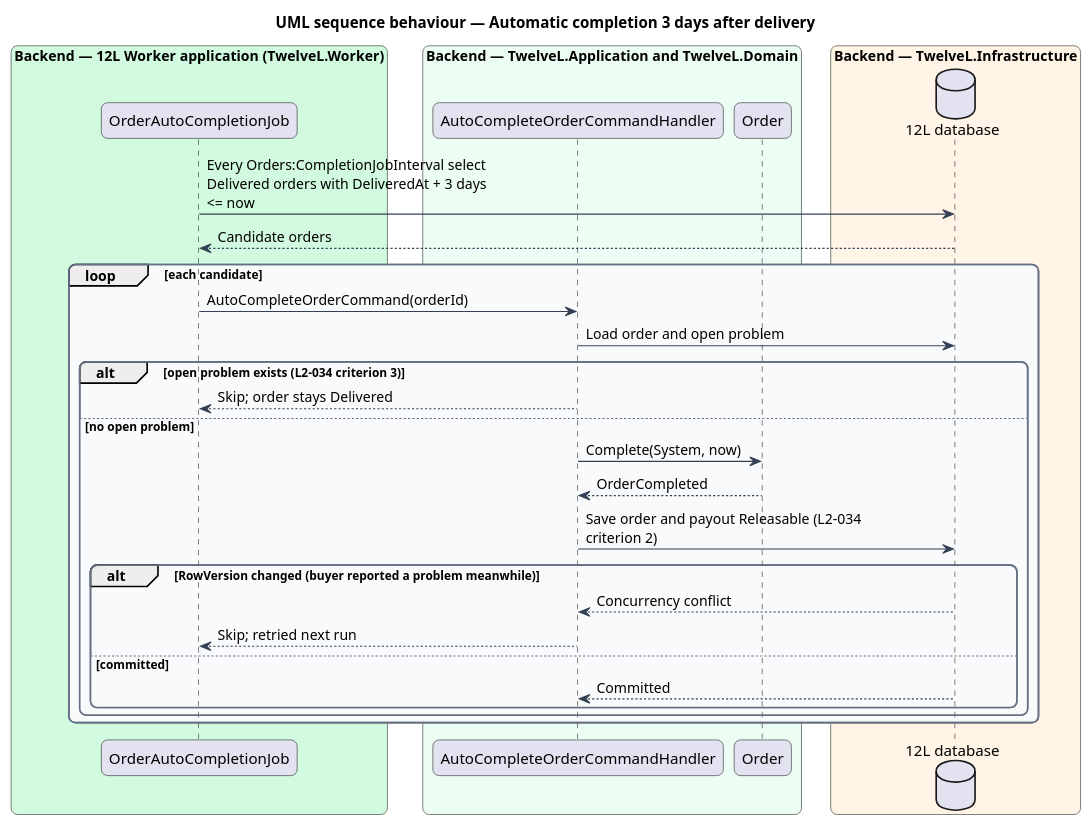
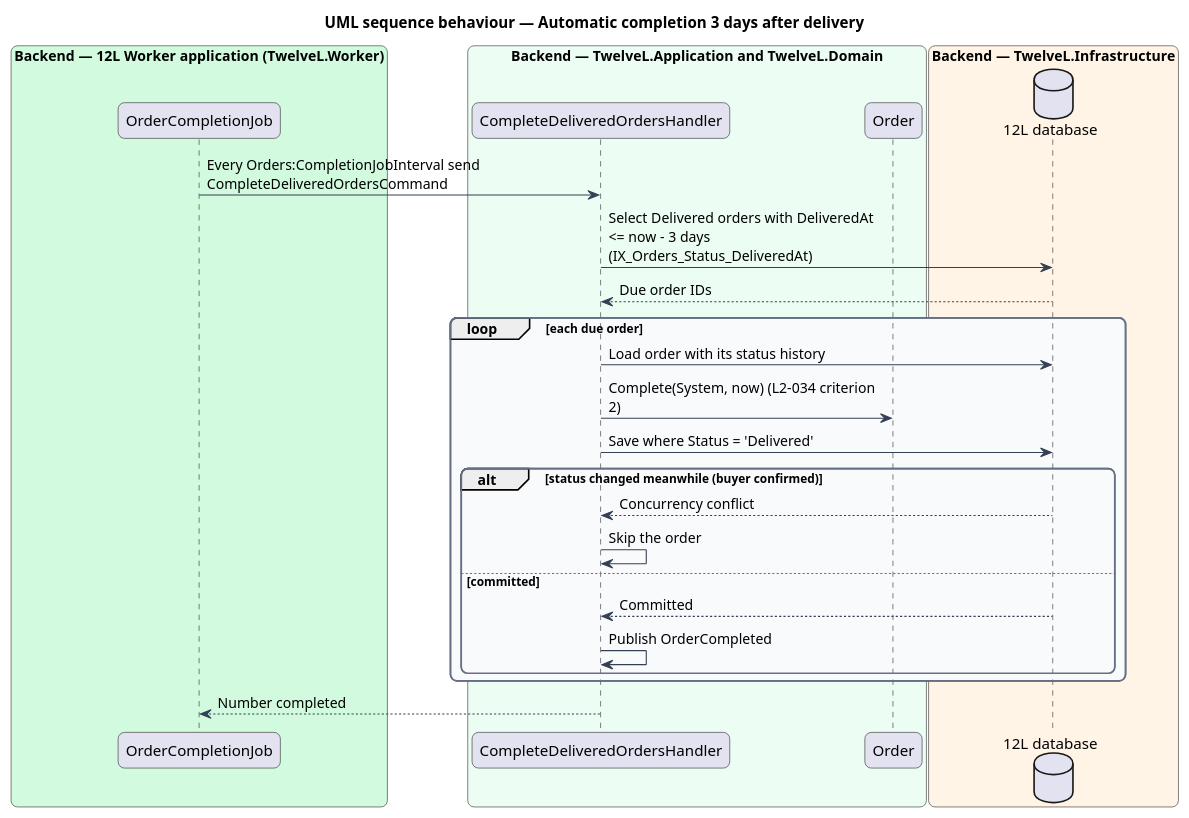
One commit to QuinntyneBrown/12l changed the diagram in docs/detailed-designs/orders/complete-order/diagrams/sequence-auto-complete.puml. Above: the diagram before and after it, drawn with PlantUML. The commit also changed 21 other files, not shown here.

Commit message:
Document complete-order: design, ADR, L2-034, mocks, composition, estimates

```diff
--- a/docs/detailed-designs/orders/complete-order/diagrams/sequence-auto-complete.puml
+++ b/docs/detailed-designs/orders/complete-order/diagrams/sequence-auto-complete.puml
@@ -1,48 +1,45 @@
 @startuml
 title UML sequence behaviour — Automatic completion 3 days after delivery
 skinparam backgroundColor #FFFFFF
 skinparam shadowing false
 skinparam roundcorner 12
 skinparam defaultFontName Arial
 skinparam ArrowColor #344054
 skinparam rectangle {
   BorderColor #344054
   FontColor #101828
 }
 skinparam package {
   BorderColor #667085
   FontColor #101828
   BackgroundColor #F9FAFB
 }
 skinparam sequenceMessageAlign left
 skinparam maxMessageSize 260
 box "Backend — 12L Worker application (TwelveL.Worker)" #D1FADF
-  participant "OrderAutoCompletionJob" as job
+  participant "OrderCompletionJob" as job
 end box
 box "Backend — TwelveL.Application and TwelveL.Domain" #ECFDF3
-  participant "AutoCompleteOrderCommandHandler" as h
+  participant "CompleteDeliveredOrdersHandler" as h
   participant "Order" as order
 end box
 box "Backend — TwelveL.Infrastructure" #FFF4E5
   database "12L database" as db
 end box
-job -> db : Every Orders:CompletionJobInterval select Delivered orders with DeliveredAt + 3 days <= now
-db --> job : Candidate orders
-loop each candidate
-  job -> h : AutoCompleteOrderCommand(orderId)
-  h -> db : Load order and open problem
-  alt open problem exists (L2-034 criterion 3)
-    h --> job : Skip; order stays Delivered
-  else no open problem
-    h -> order : Complete(System, now)
-    order --> h : OrderCompleted
-    h -> db : Save order and payout Releasable (L2-034 criterion 2)
-    alt RowVersion changed (buyer reported a problem meanwhile)
-      db --> h : Concurrency conflict
-      h --> job : Skip; retried next run
-    else committed
-      db --> h : Committed
-    end
+job -> h : Every Orders:CompletionJobInterval send CompleteDeliveredOrdersCommand
+h -> db : Select Delivered orders with DeliveredAt <= now - 3 days (IX_Orders_Status_DeliveredAt)
+db --> h : Due order IDs
+loop each due order
+  h -> db : Load order with its status history
+  h -> order : Complete(System, now) (L2-034 criterion 2)
+  h -> db : Save where Status = 'Delivered'
+  alt status changed meanwhile (buyer confirmed)
+    db --> h : Concurrency conflict
+    h -> h : Skip the order
+  else committed
+    db --> h : Committed
+    h -> h : Publish OrderCompleted
   end
 end
+h --> job : Number completed
 @enduml
```
